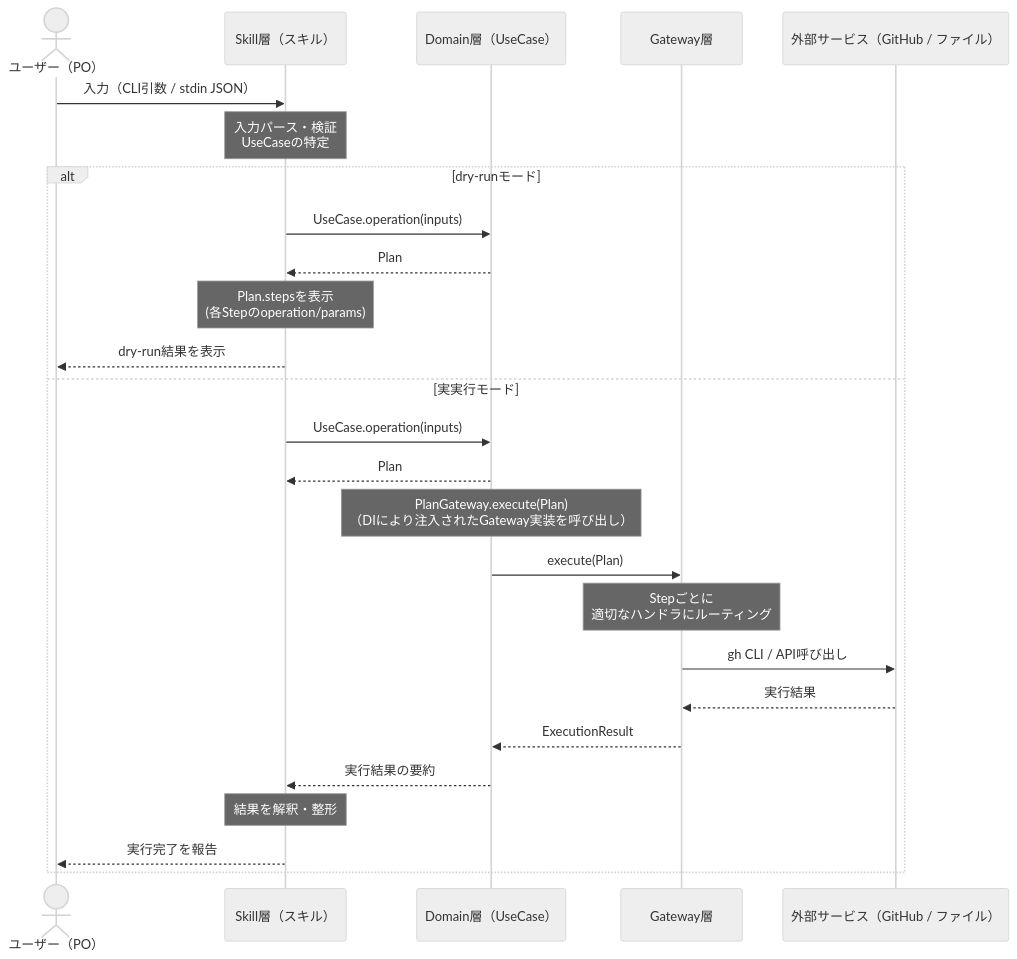
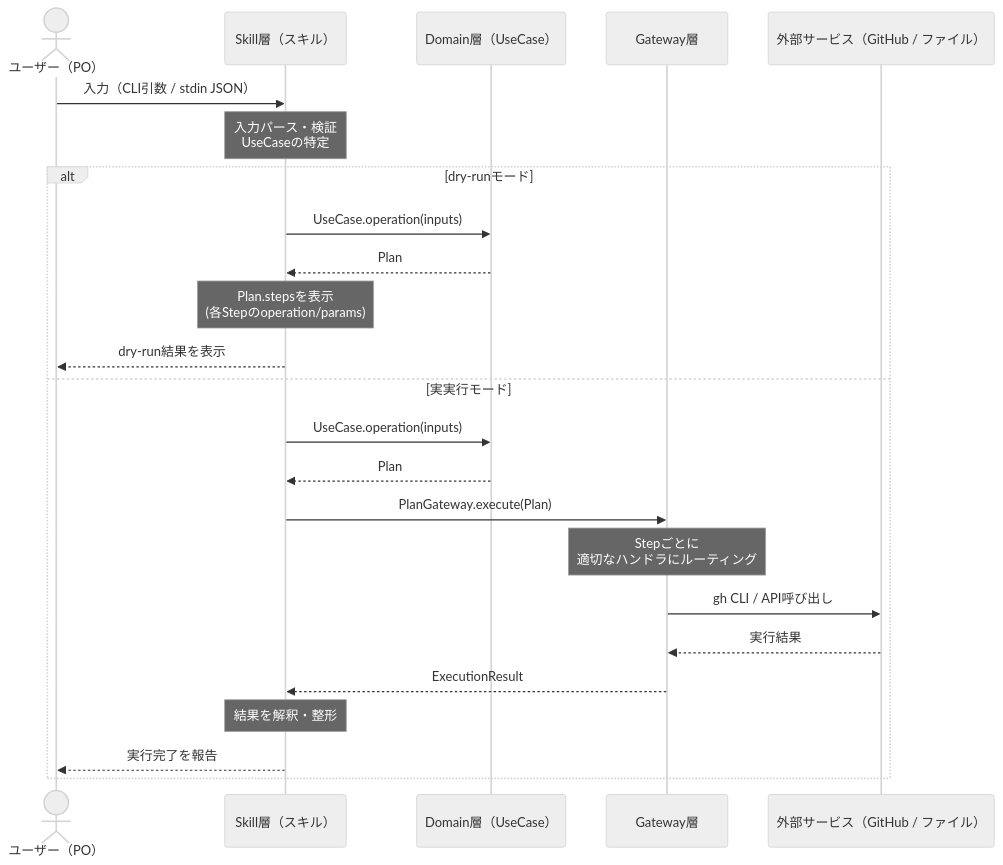
The second of 11 diagrams in guides/architecture-design.md (future-trajectory-official/global-harness-manager), drawn with Mermaid (neutral theme) before and after one commit. The commit also changed other lines of this file and 276 other files, not shown here.

````diff
--- a/guides/architecture-design.md
+++ b/guides/architecture-design.md
@@ -896,31 +890,29 @@
 ```mermaid
 sequenceDiagram
     actor User as ユーザー（PO）
     participant Skill as Skill層（スキル）
     participant Domain as Domain層（UseCase）
     participant Gateway as Gateway層
     participant External as 外部サービス（GitHub / ファイル）
 
     User->>Skill: 入力（CLI引数 / stdin JSON）
 
     Note over Skill: 入力パース・検証<br/>UseCaseの特定
 
     alt dry-runモード
         Skill->>Domain: UseCase.operation(inputs)
         Domain-->>Skill: Plan
         Note over Skill: Plan.stepsを表示<br/>(各Stepのoperation/params)
         Skill-->>User: dry-run結果を表示
     else 実実行モード
         Skill->>Domain: UseCase.operation(inputs)
         Domain-->>Skill: Plan
-        Note over Domain: PlanGateway.execute(Plan)<br/>（DIにより注入されたGateway実装を呼び出し）
-        Domain->>Gateway: execute(Plan)
+        Skill->>Gateway: PlanGateway.execute(Plan)
         Note over Gateway: Stepごとに<br/>適切なハンドラにルーティング
         Gateway->>External: gh CLI / API呼び出し
         External-->>Gateway: 実行結果
-        Gateway-->>Domain: ExecutionResult
-        Domain-->>Skill: 実行結果の要約
+        Gateway-->>Skill: ExecutionResult
         Note over Skill: 結果を解釈・整形
         Skill-->>User: 実行完了を報告
     end
 ```
````
